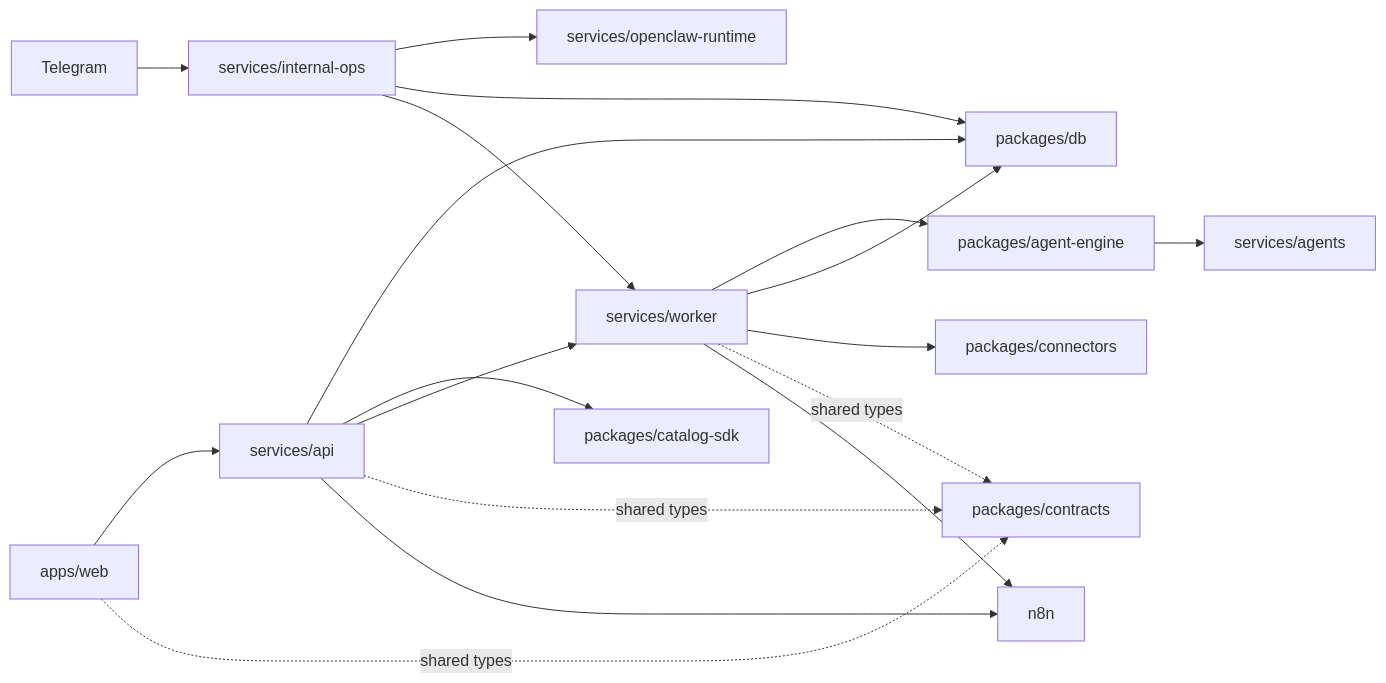
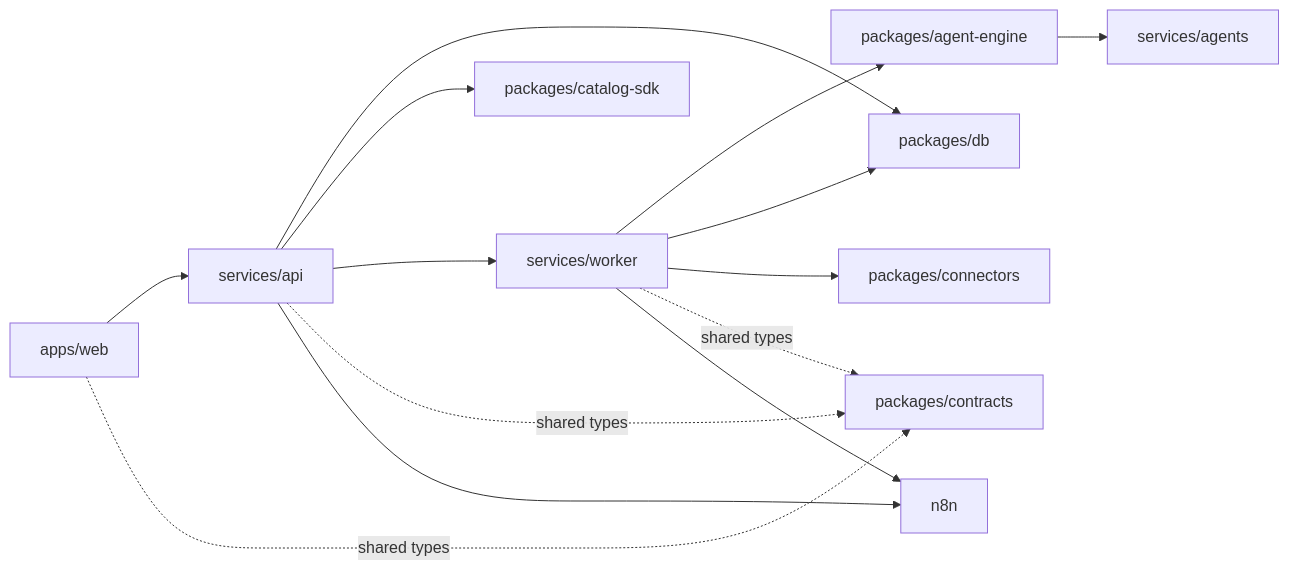
One commit to agentmou/agentmou-platform changed the diagram in docs/repo-map.md. Above: the diagram before and after it, drawn with Mermaid. The commit also changed other lines of this file and 92 other files, not shown here.

First line of the commit message:
refactor: remove internal ops runtime from monorepo (#88)

````diff
--- a/docs/repo-map.md
+++ b/docs/repo-map.md
@@ -96,34 +83,27 @@
 ```mermaid
 flowchart LR
   web["apps/web"]
   api["services/api"]
-  internalOps["services/internal-ops"]
-  telegram["Telegram"]
-  openclaw["services/openclaw-runtime"]
   worker["services/worker"]
   agents["services/agents"]
   engine["packages/agent-engine"]
   db["packages/db"]
   contracts["packages/contracts"]
   catalogSdk["packages/catalog-sdk"]
   connectors["packages/connectors"]
   n8n["n8n"]
 
   web --> api
-  telegram --> internalOps
-  internalOps --> openclaw
-  internalOps --> db
-  internalOps --> worker
   api --> db
   api --> catalogSdk
   api --> worker
   worker --> engine
   worker --> db
   worker --> connectors
   engine --> agents
   api -. shared types .-> contracts
   worker -. shared types .-> contracts
   web -. shared types .-> contracts
   api --> n8n
   worker --> n8n
 ```
````
